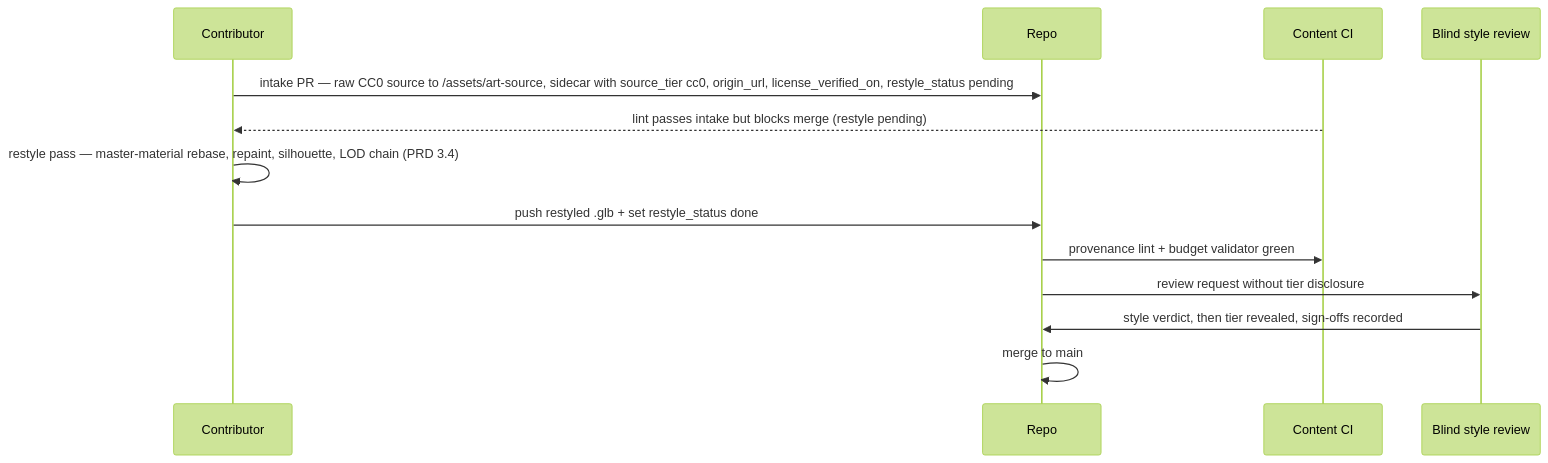
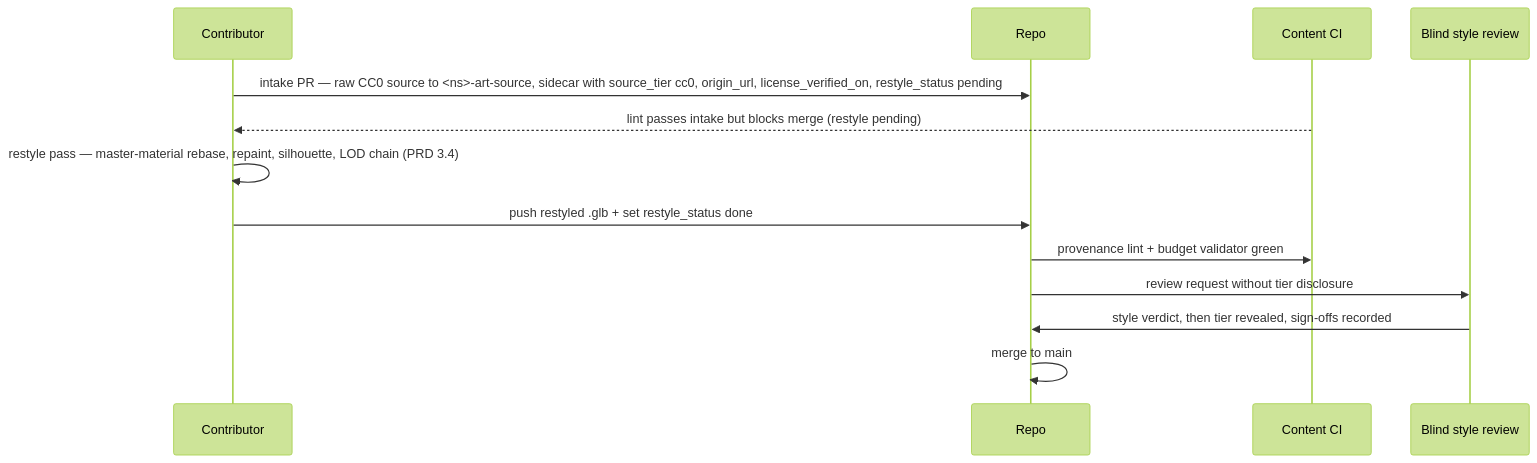
One commit to kwilliams312/project_meridian changed the third of 4 diagrams in docs/sad/art-sad.md. Above: the diagram before and after it, drawn with Mermaid (forest theme). The commit also changed other lines of this file and 4 other files, not shown here.

Commit message:
Resolve A-15: asset source lives pack-local at content/<ns>/assets (#73)

````diff
--- a/docs/sad/art-sad.md
+++ b/docs/sad/art-sad.md
@@ -259,16 +261,16 @@
 ```mermaid
 sequenceDiagram
     participant C as Contributor
     participant R as Repo
     participant CI as Content CI
     participant Rev as Blind style review
 
-    C->>R: intake PR — raw CC0 source to /assets/art-source, sidecar with source_tier cc0, origin_url, license_verified_on, restyle_status pending
+    C->>R: intake PR — raw CC0 source to <ns>-art-source, sidecar with source_tier cc0, origin_url, license_verified_on, restyle_status pending
     CI-->>C: lint passes intake but blocks merge (restyle pending)
     C->>C: restyle pass — master-material rebase, repaint, silhouette, LOD chain (PRD 3.4)
     C->>R: push restyled .glb + set restyle_status done
     R->>CI: provenance lint + budget validator green
     R->>Rev: review request without tier disclosure
     Rev->>R: style verdict, then tier revealed, sign-offs recorded
     R->>R: merge to main
 ```
````
